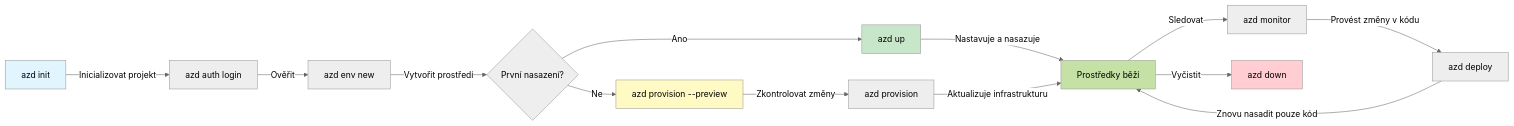
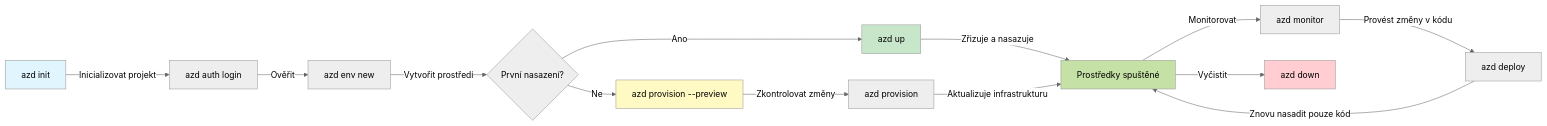
One commit to microsoft/AZD-for-beginners changed the first of 2 diagrams in translations/cs/docs/chapter-01-foundation/azd-basics.md. Above: the diagram before and after it, drawn with Mermaid (neutral theme). The commit also changed other lines of this file and 104 other files, not shown here.

````diff
--- a/translations/cs/docs/chapter-01-foundation/azd-basics.md
+++ b/translations/cs/docs/chapter-01-foundation/azd-basics.md
@@ -269,21 +269,21 @@
 ```mermaid
 graph LR
     A[azd init] -->|Inicializovat projekt| B[azd auth login]
     B -->|Ověřit| C[azd env new]
     C -->|Vytvořit prostředí| D{První nasazení?}
     D -->|Ano| E[azd up]
     D -->|Ne| F[azd provision --preview]
     F -->|Zkontrolovat změny| G[azd provision]
-    E -->|Nastavuje a nasazuje| H[Prostředky běží]
+    E -->|Zřizuje a nasazuje| H[Prostředky spuštěné]
     G -->|Aktualizuje infrastrukturu| H
-    H -->|Sledovat| I[azd monitor]
+    H -->|Monitorovat| I[azd monitor]
     I -->|Provést změny v kódu| J[azd deploy]
     J -->|Znovu nasadit pouze kód| H
     H -->|Vyčistit| K[azd down]
     
     style A fill:#e1f5fe
     style E fill:#c8e6c9
     style F fill:#fff9c4
     style H fill:#c5e1a5
     style K fill:#ffcdd2
 ```
````
